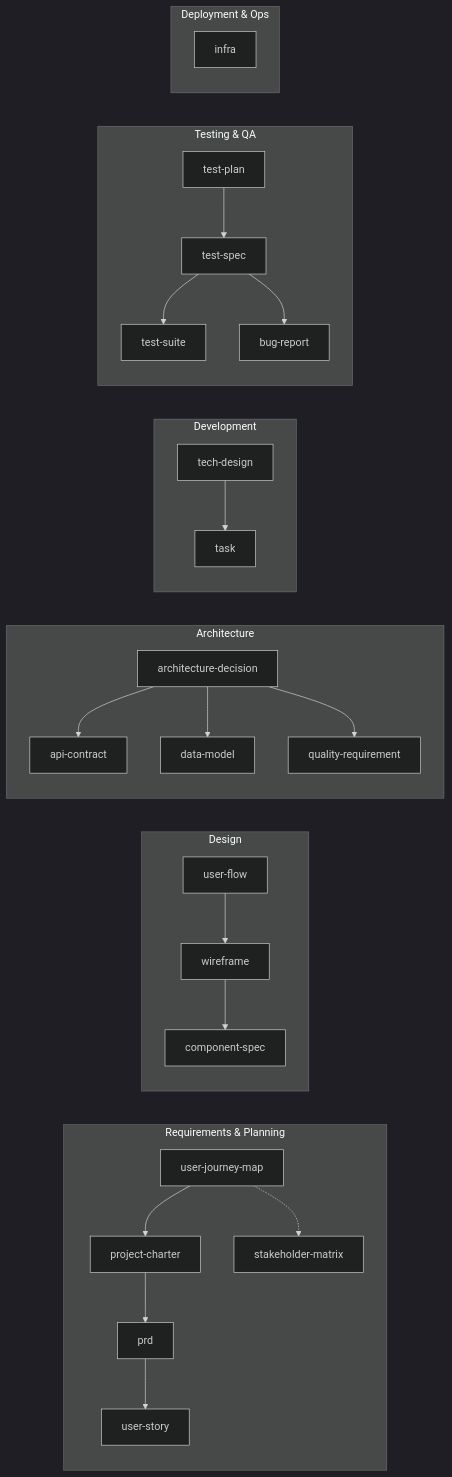
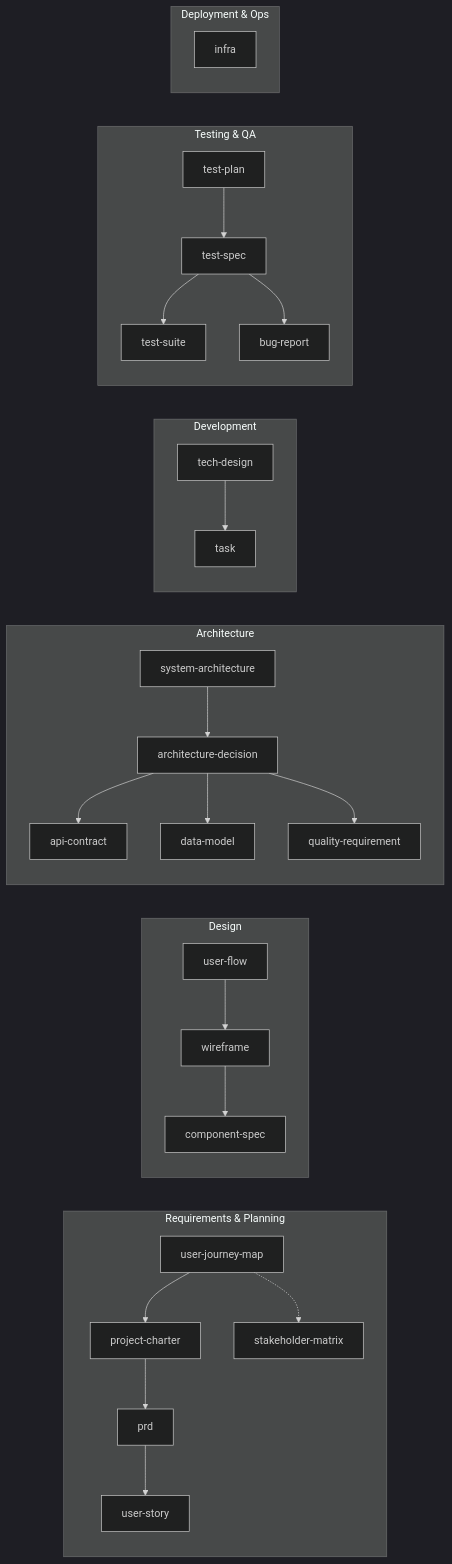
The second of 2 diagrams in reference/artifact-dep-graph.md (clitetailor/artifact-driven-development), drawn with Mermaid (dark theme) before and after one commit. The commit also changed other lines of this file and 11 other files, not shown here.

First line of the commit message:
Add system-architecture artifact and align registry with folder structure

````diff
--- a/reference/artifact-dep-graph.md
+++ b/reference/artifact-dep-graph.md
@@ -46,29 +46,30 @@
 ```mermaid
 graph LR
     subgraph REQ[Requirements & Planning]
         UJM[user-journey-map] --> CHARTER[project-charter]
         CHARTER --> PRD[prd]
         PRD --> STORY[user-story]
         UJM -.-> SM[stakeholder-matrix]
     end
     subgraph DES[Design]
         UF[user-flow] --> WF[wireframe]
         WF --> CS[component-spec]
     end
     subgraph ARC[Architecture]
-        ADR[architecture-decision] --> API[api-contract]
+        SA[system-architecture] --> ADR[architecture-decision]
+        ADR --> API[api-contract]
         ADR --> DM[data-model]
         ADR --> QR[quality-requirement]
     end
     subgraph DEV[Development]
         TD[tech-design] --> TASK[task]
     end
     subgraph TST[Testing & QA]
         TP[test-plan] --> TS[test-spec]
         TS --> SUITE[test-suite]
         TS --> BUG[bug-report]
     end
     subgraph OPS[Deployment & Ops]
         INFRA[infra]
     end
 ```
````
